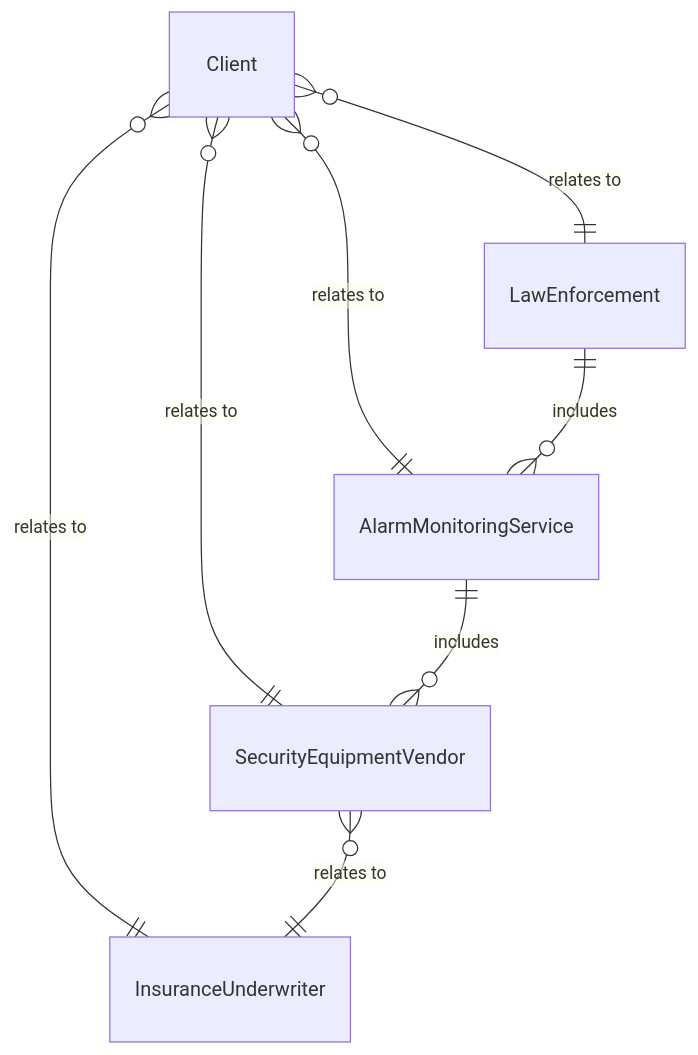
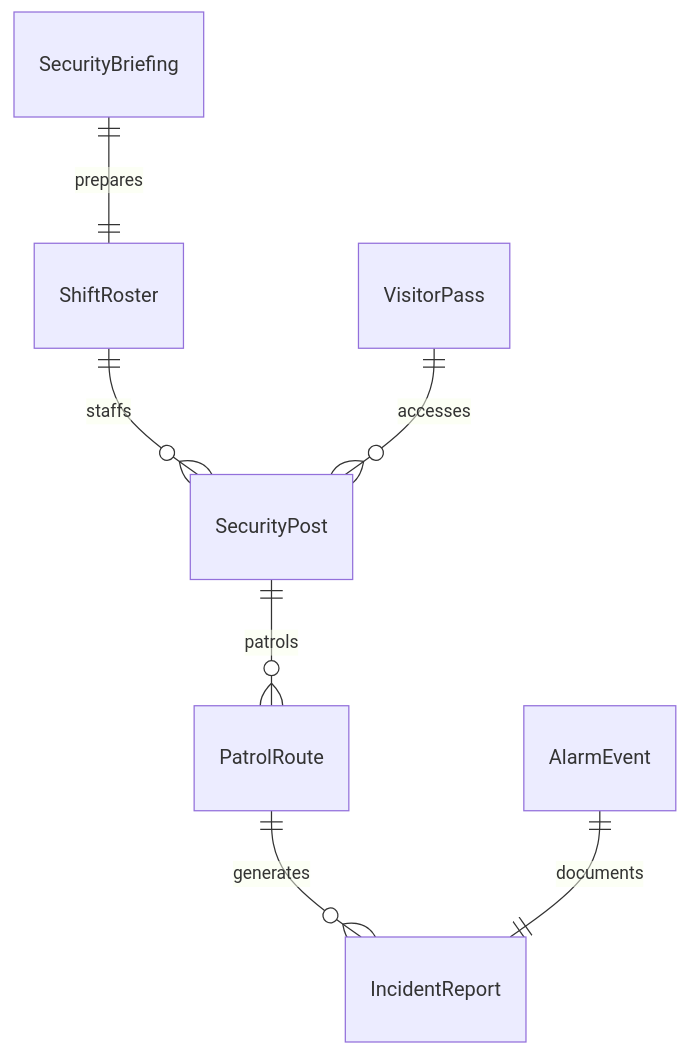
One commit to dot-org-ai/tasks.org.ai changed the first of 4 diagrams in GuidingDirectingAndMotivatingSubordinates/DirectSecurityOrSafetyActivitiesOrOperations/DirectSecurityOperations.mdx. Above: the diagram before and after it, drawn with Mermaid. The commit also changed other lines of this file and 515 other files, not shown here.

````diff
--- a/GuidingDirectingAndMotivatingSubordinates/DirectSecurityOrSafetyActivitiesOrOperations/DirectSecurityOperations.mdx
+++ b/GuidingDirectingAndMotivatingSubordinates/DirectSecurityOrSafetyActivitiesOrOperations/DirectSecurityOperations.mdx
@@ -91,10 +91,9 @@
 ```mermaid
 erDiagram
-    Client }o--|| LawEnforcement : "relates to"
-    Client }o--|| AlarmMonitoringService : "relates to"
-    Client }o--|| SecurityEquipmentVendor : "relates to"
-    Client }o--|| InsuranceUnderwriter : "relates to"
-    LawEnforcement ||--o{ AlarmMonitoringService : includes
-    AlarmMonitoringService ||--o{ SecurityEquipmentVendor : includes
-    SecurityEquipmentVendor }o--|| InsuranceUnderwriter : "relates to"
+    ShiftRoster ||--o{ SecurityPost : "staffs"
+    SecurityPost ||--o{ PatrolRoute : "patrols"
+    PatrolRoute ||--o{ IncidentReport : "generates"
+    AlarmEvent ||--|| IncidentReport : "documents"
+    SecurityBriefing ||--|| ShiftRoster : "prepares"
+    VisitorPass ||--o{ SecurityPost : "accesses"
 ```
````
